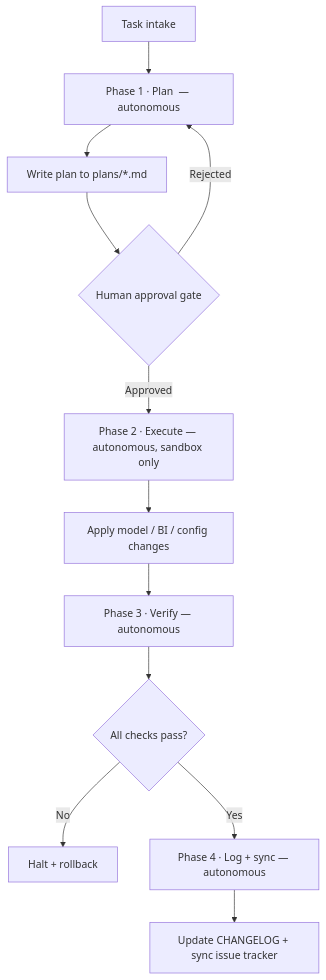
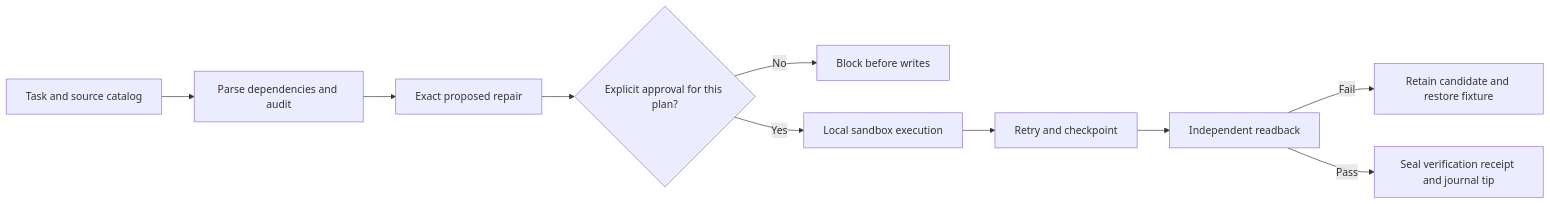
The diagram in README.md (PharaohFresh/agentic-analytics-delivery), drawn with Mermaid before and after one commit. The commit also changed other lines of this file and 27 other files, not shown here.

````diff
--- a/README.md
+++ b/README.md
@@ -29,14 +32,12 @@
 ```mermaid
-graph TD
-    A[Task intake] --> B[Phase 1 · Plan  — autonomous]
-    B --> C[Write plan to plans/*.md]
-    C --> D{Human approval gate}
-    D -- Rejected --> B
-    D -- Approved --> E[Phase 2 · Execute — autonomous, sandbox only]
-    E --> F[Apply model / BI / config changes]
-    F --> G[Phase 3 · Verify — autonomous]
-    G --> H{All checks pass?}
-    H -- No --> I[Halt + rollback]
-    H -- Yes --> J[Phase 4 · Log + sync — autonomous]
-    J --> K[Update CHANGELOG + sync issue tracker]
+flowchart LR
+    A[Task and source catalog] --> B[Parse dependencies and audit]
+    B --> C[Exact proposed repair]
+    C --> D{Explicit approval for this plan?}
+    D -- No --> E[Block before writes]
+    D -- Yes --> F[Local sandbox execution]
+    F --> G[Retry and checkpoint]
+    G --> H[Independent readback]
+    H -- Fail --> I[Retain candidate and restore fixture]
+    H -- Pass --> J[Seal verification receipt and journal tip]
 ```
````
